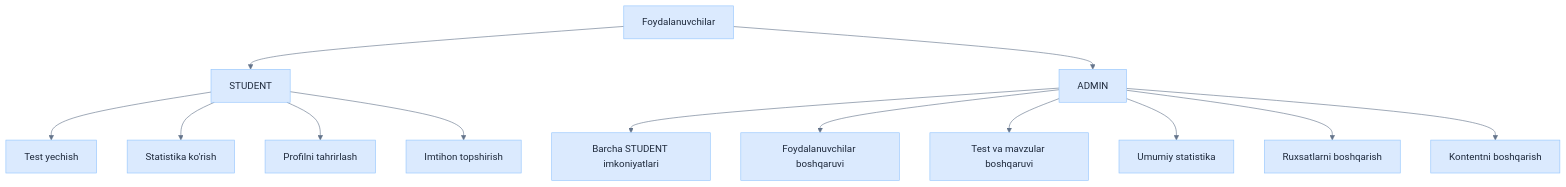
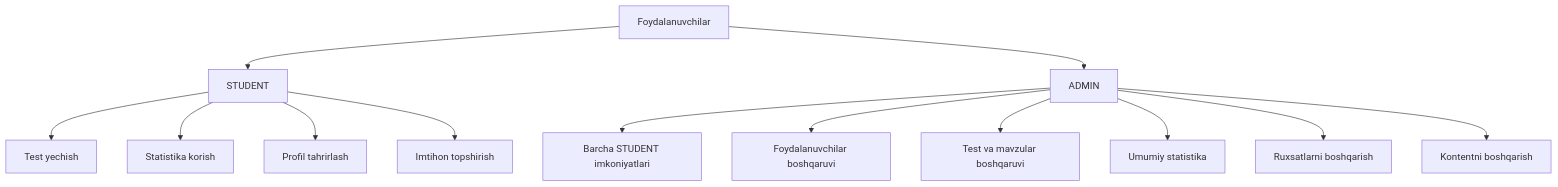
The second of 18 diagrams in README.md (khismoiloff/BrpAvtoTest), drawn with Mermaid before and after one commit. The commit also changed other lines of this file, not shown here.

````diff
--- a/README.md
+++ b/README.md
@@ -86,18 +86,18 @@
 ```mermaid
-%%{init: {'theme': 'base', 'themeVariables': {'background': '#ffffff', 'primaryColor': '#dbeafe', 'primaryTextColor': '#1e293b', 'primaryBorderColor': '#93c5fd', 'lineColor': '#64748b', 'secondaryColor': '#fef3c7', 'tertiaryColor': '#ede9fe', 'fontFamily': 'sans-serif'}}}%%
+%%{init: {'theme': 'default'}}%%
 graph TD
     A[Foydalanuvchilar] --> B[STUDENT]
     A --> C[ADMIN]
     
     B --> B1[Test yechish]
-    B --> B2[Statistika ko'rish]
-    B --> B3[Profilni tahrirlash]
+    B --> B2[Statistika korish]
+    B --> B3[Profil tahrirlash]
     B --> B4[Imtihon topshirish]
     
     C --> C1[Barcha STUDENT imkoniyatlari]
     C --> C2[Foydalanuvchilar boshqaruvi]
     C --> C3[Test va mavzular boshqaruvi]
     C --> C4[Umumiy statistika]
     C --> C5[Ruxsatlarni boshqarish]
     C --> C6[Kontentni boshqarish]
 ```
````
